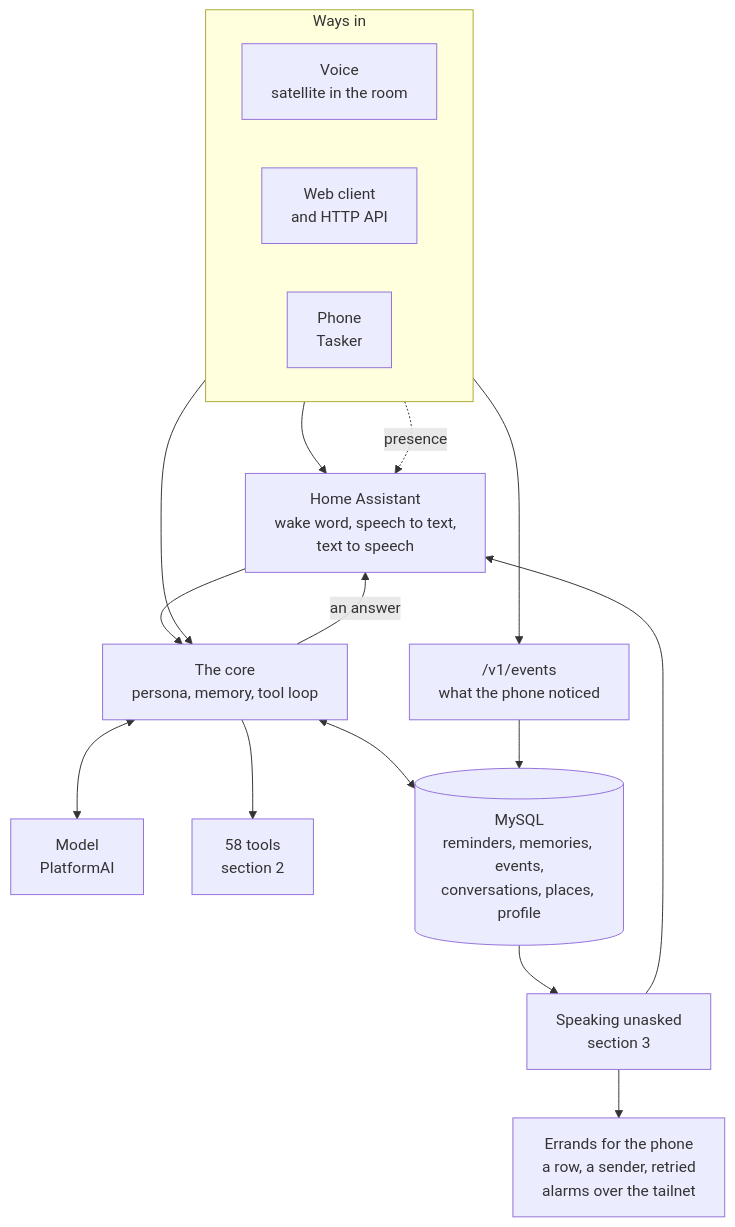
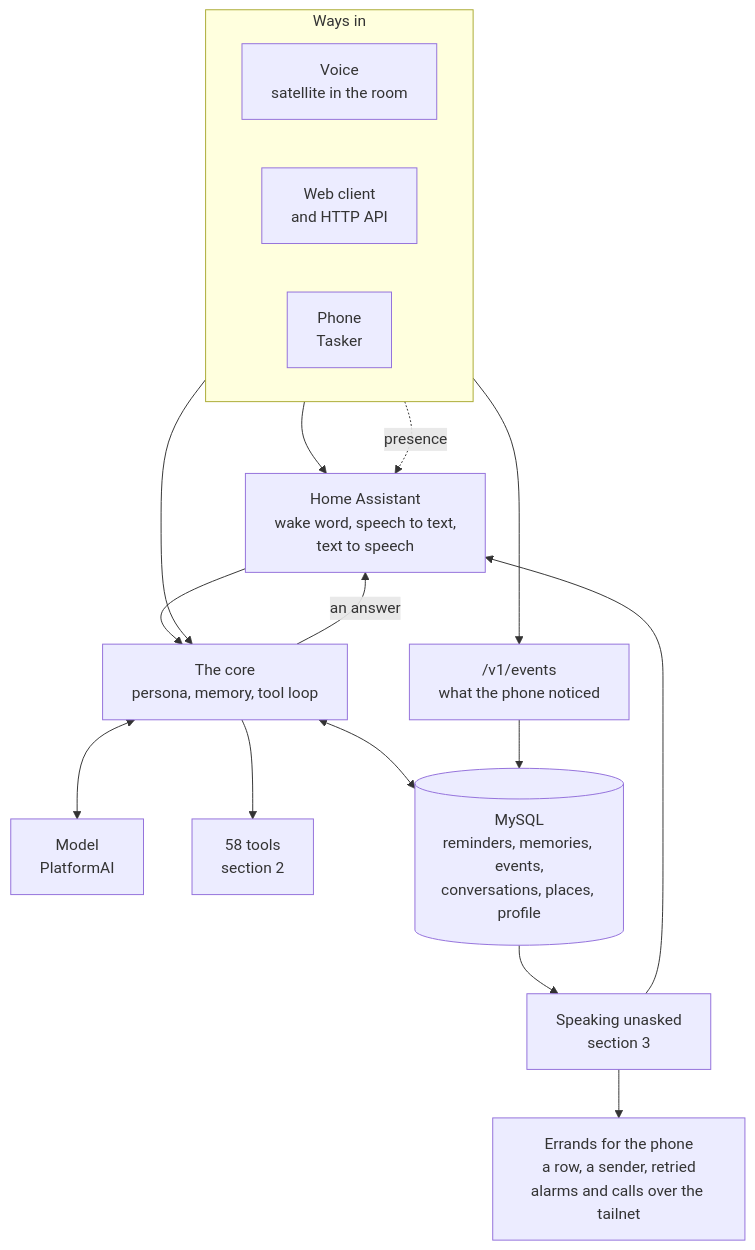
One commit to DhanushRamesh/personal-assistant changed the first of 5 diagrams in FEATURES.md. Above: the diagram before and after it, drawn with Mermaid. The commit also changed other lines of this file and 9 other files, not shown here.

````diff
--- a/FEATURES.md
+++ b/FEATURES.md
@@ -19,36 +19,36 @@
 ```mermaid
 flowchart TB
     subgraph IN["Ways in"]
         direction LR
         SAT["Voice<br/>satellite in the room"]
         WEB["Web client<br/>and HTTP API"]
         PHONE["Phone<br/>Tasker"]
     end
 
     HA["Home Assistant<br/>wake word, speech to text,<br/>text to speech"]
     EVENTS["/v1/events<br/>what the phone noticed"]
 
     SAT --> HA
     PHONE --> EVENTS
     PHONE -. "presence" .-> HA
     HA --> CORE
     WEB --> CORE
 
     CORE["The core<br/>persona, memory, tool loop"]
     MODEL["Model<br/>PlatformAI"]
     TOOLS["58 tools<br/>section 2"]
     DB[("MySQL<br/>reminders, memories, events,<br/>conversations, places, profile")]
 
     CORE <--> MODEL
     CORE --> TOOLS
     CORE <--> DB
     EVENTS --> DB
     CORE -- "an answer" --> HA
 
     UNASKED["Speaking unasked<br/>section 3"]
-    ALARMS["Errands for the phone<br/>a row, a sender, retried<br/>alarms over the tailnet"]
+    ALARMS["Errands for the phone<br/>a row, a sender, retried<br/>alarms and calls over the tailnet"]
 
     DB --> UNASKED
     UNASKED --> HA
     UNASKED --> ALARMS
 ```
````
